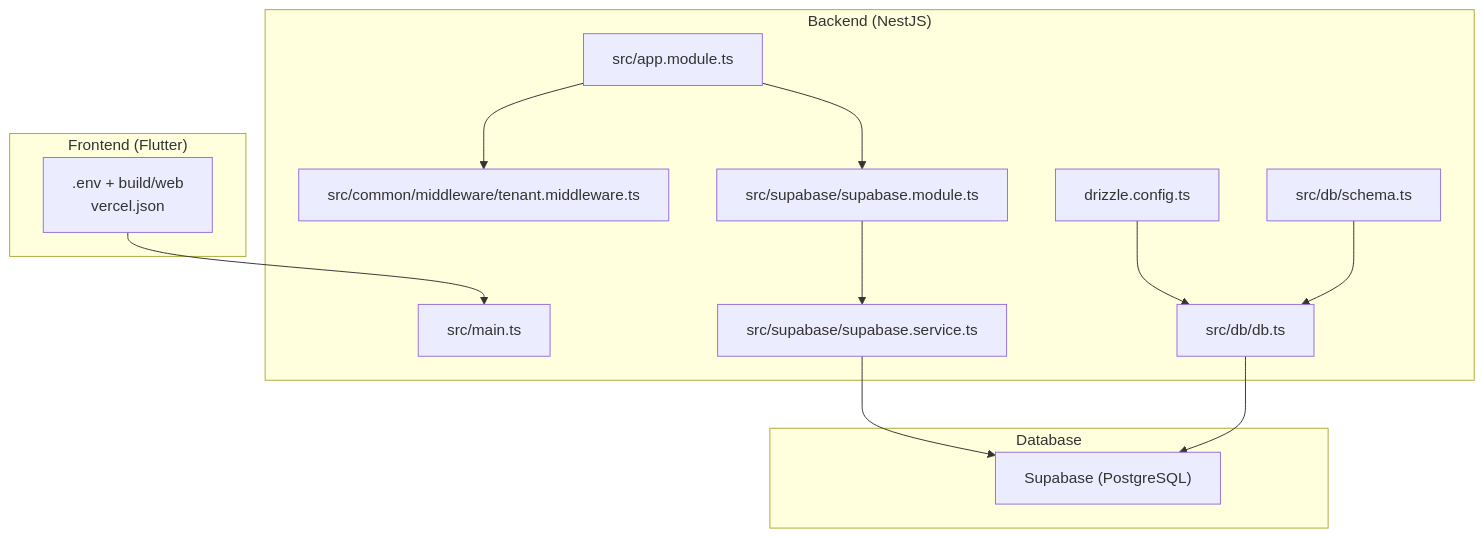
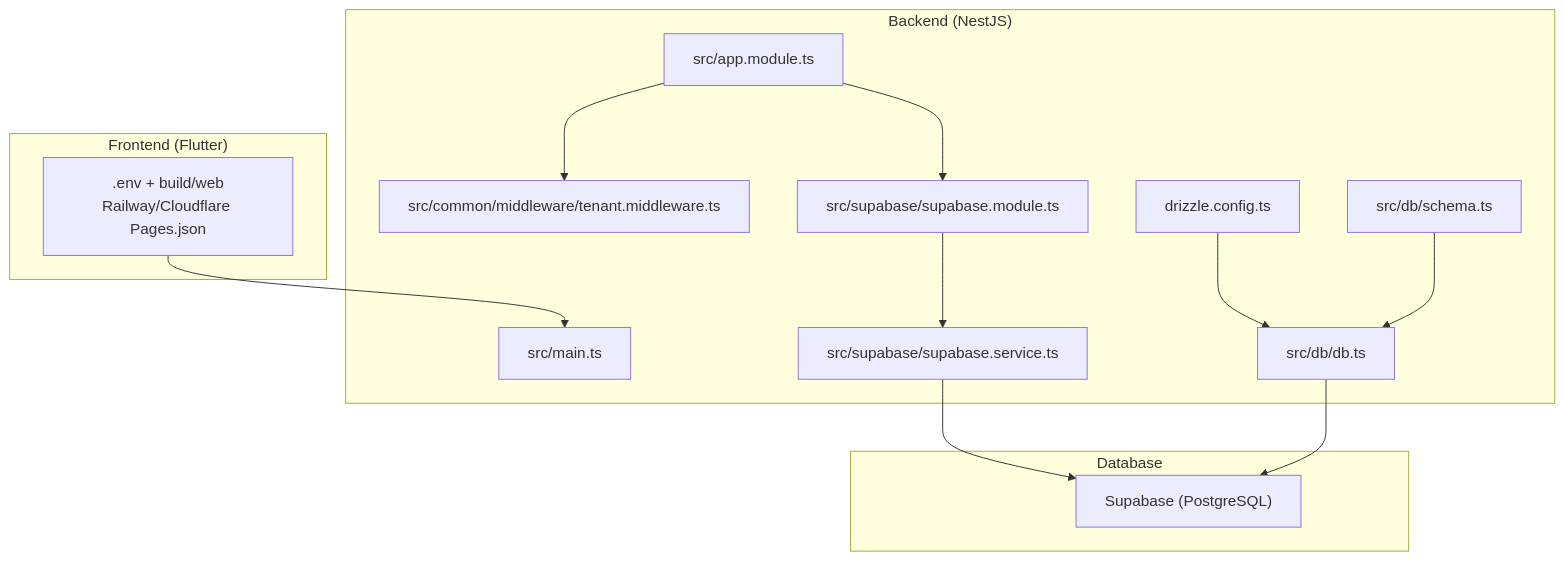
One commit to ARUNTHOMAS3/trans changed the first of 8 diagrams in repowiki/en/content/Deployment & DevOps/Deployment & DevOps.md. Above: the diagram before and after it, drawn with Mermaid. The commit also changed other lines of this file and 1490 other files, not shown here.

````diff
--- a/repowiki/en/content/Deployment & DevOps/Deployment & DevOps.md
+++ b/repowiki/en/content/Deployment & DevOps/Deployment & DevOps.md
@@ -48,27 +48,27 @@
 ```mermaid
 graph TB
 subgraph "Frontend (Flutter)"
-FE_Vercel[".env + build/web<br/>vercel.json"]
+FE_CloudflarePages[".env + build/web<br/>Railway/Cloudflare Pages.json"]
 end
 subgraph "Backend (NestJS)"
 BE_Main["src/main.ts"]
 BE_App["src/app.module.ts"]
 BE_Tenant["src/common/middleware/tenant.middleware.ts"]
 BE_SupabaseMod["src/supabase/supabase.module.ts"]
 BE_SupabaseSvc["src/supabase/supabase.service.ts"]
 BE_DB["src/db/db.ts"]
 BE_DrizCfg["drizzle.config.ts"]
 BE_Schema["src/db/schema.ts"]
 end
 subgraph "Database"
 SUPA["Supabase (PostgreSQL)"]
 end
-FE_Vercel --> BE_Main
+FE_CloudflarePages --> BE_Main
 BE_App --> BE_Tenant
 BE_App --> BE_SupabaseMod
 BE_SupabaseMod --> BE_SupabaseSvc
 BE_SupabaseSvc --> SUPA
 BE_DB --> SUPA
 BE_DrizCfg --> BE_DB
 BE_Schema --> BE_DB
 ```
````
